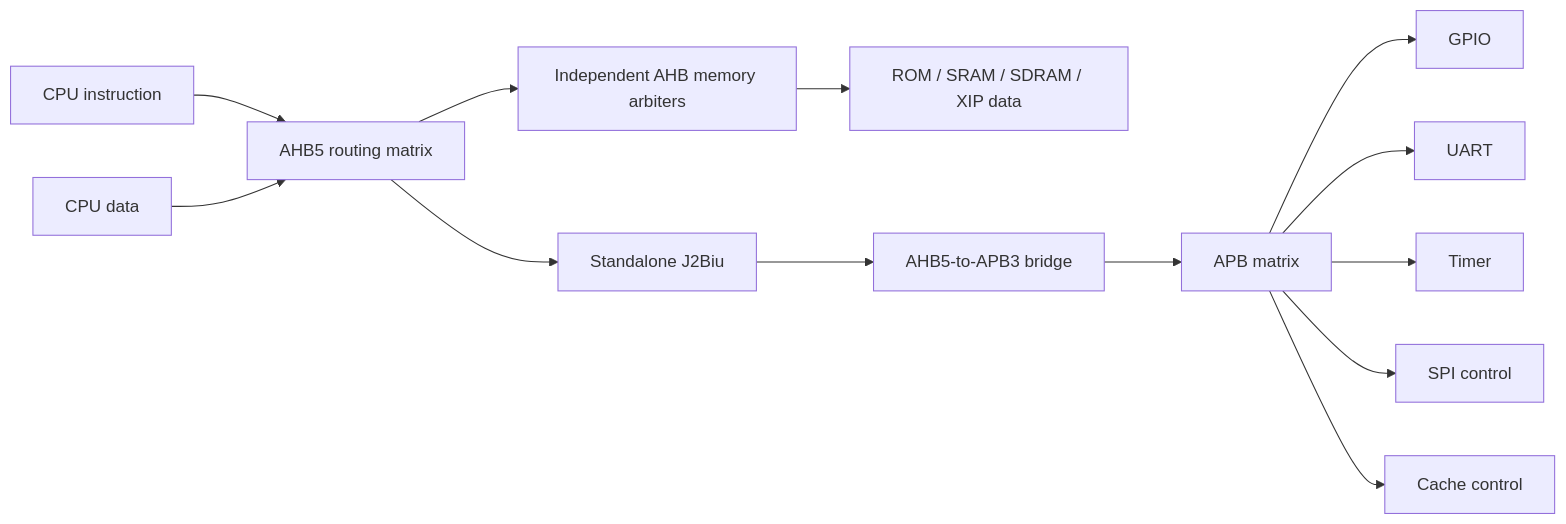
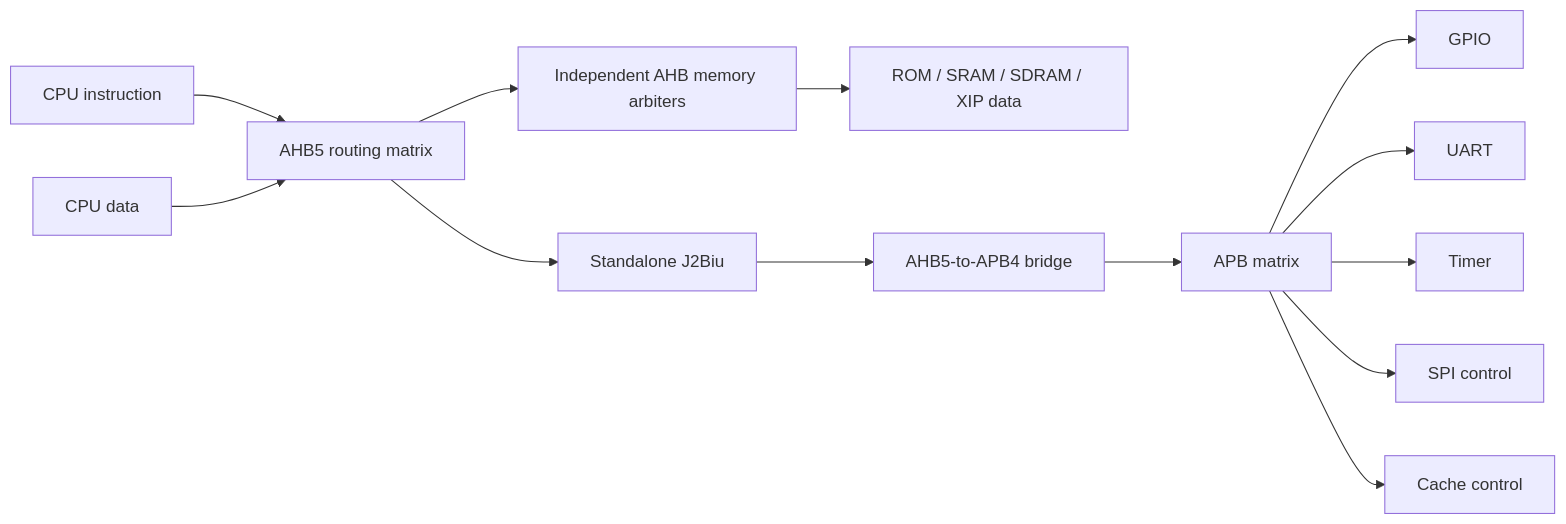
One commit to PreviousVOD/VexJ2 changed the diagram in docs/apb.md. Above: the diagram before and after it, drawn with Mermaid. The commit also changed other lines of this file and 27 other files, not shown here.

````diff
--- a/docs/apb.md
+++ b/docs/apb.md
@@ -9,15 +9,15 @@
 ```mermaid
 flowchart LR
   I[CPU instruction] --> ROUTE[AHB5 routing matrix]
   D[CPU data] --> ROUTE
   ROUTE --> MEMARB[Independent AHB memory arbiters]
   MEMARB --> MEM[ROM / SRAM / SDRAM / XIP data]
   ROUTE --> BIU[Standalone J2Biu]
-  BIU --> BRIDGE[AHB5-to-APB3 bridge]
+  BIU --> BRIDGE[AHB5-to-APB4 bridge]
   BRIDGE --> MATRIX[APB matrix]
   MATRIX --> GPIO[GPIO]
   MATRIX --> UART[UART]
   MATRIX --> TIMER[Timer]
   MATRIX --> SPI[SPI control]
   MATRIX --> CACHE[Cache control]
 ```
````
